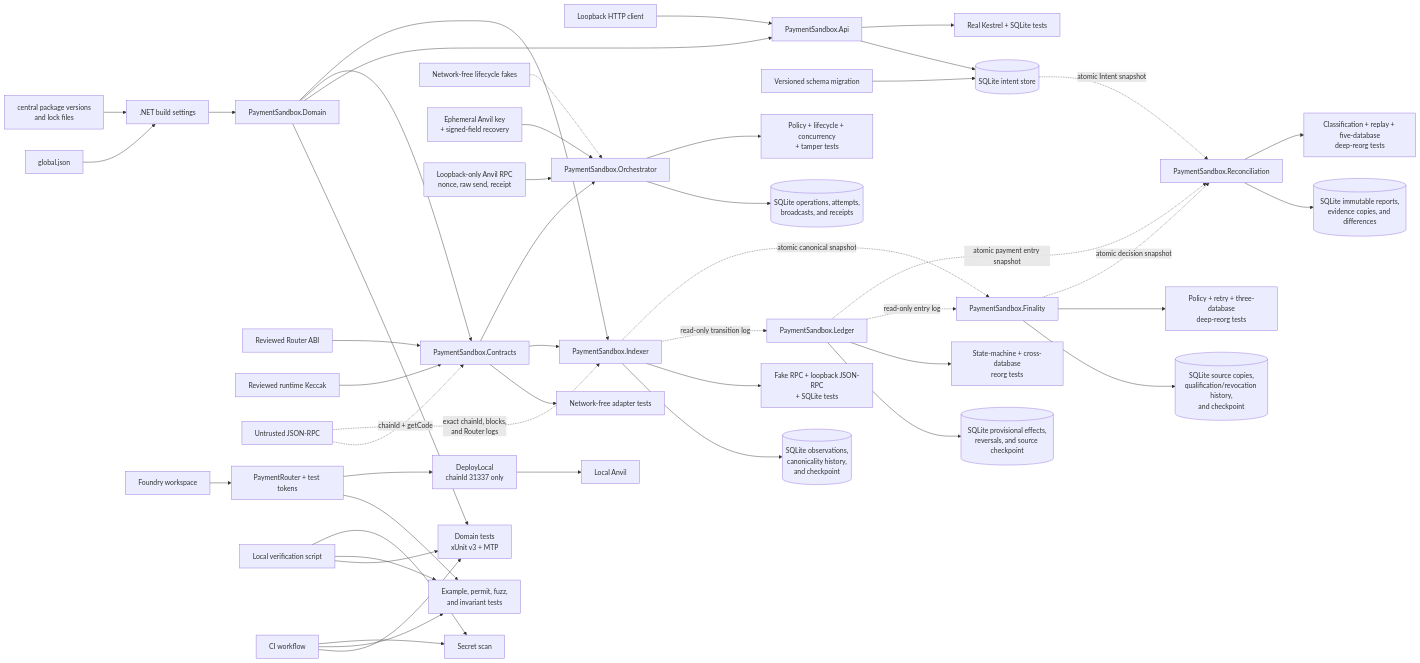
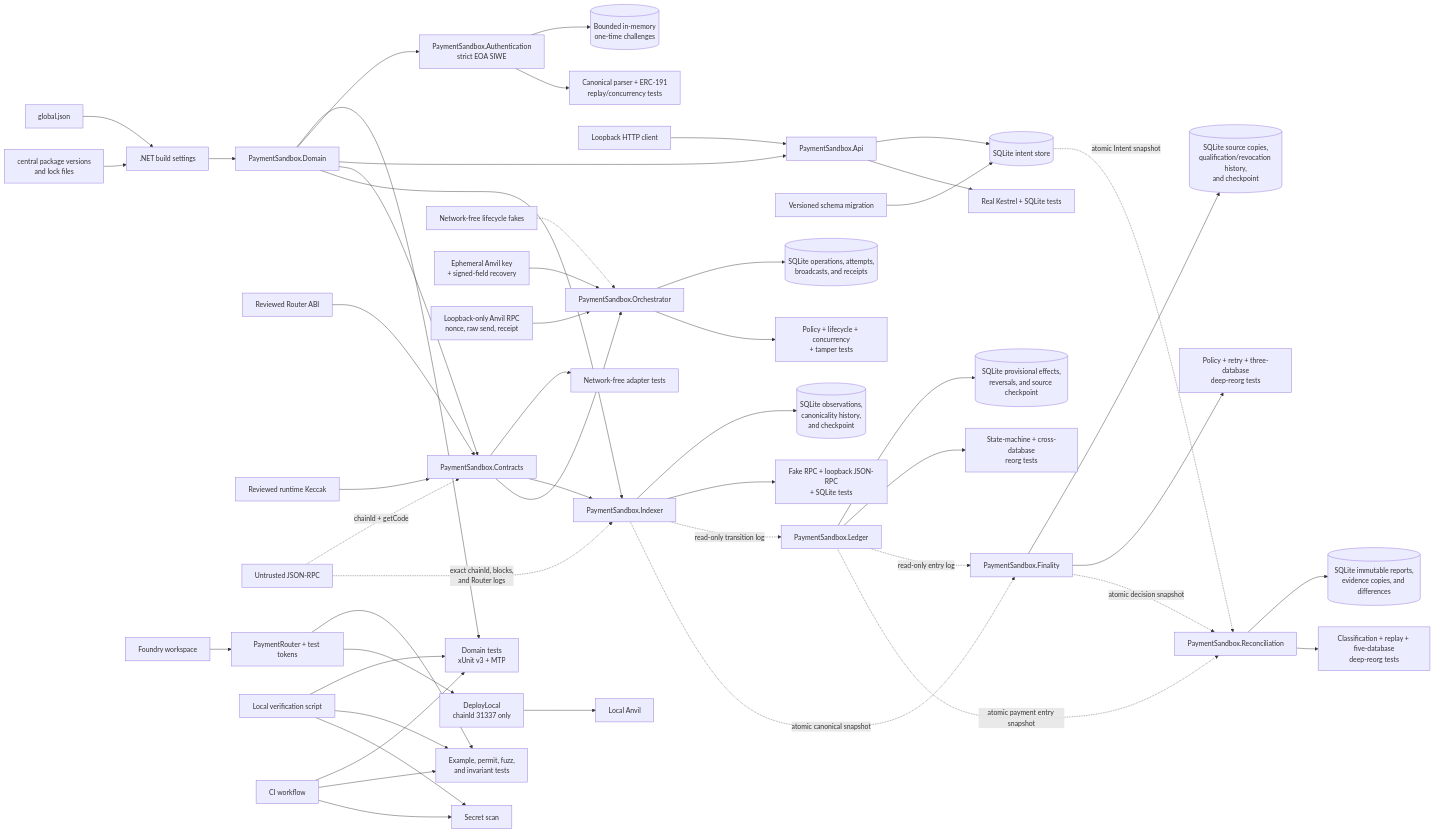
One commit to xiaocaiisxiaocai/dotnet-evm-payment-sandbox changed the first of 2 diagrams in docs/architecture.md. Above: the diagram before and after it, drawn with Mermaid. The commit also changed other lines of this file and 25 other files, not shown here.

Commit message:
feat: add bounded SIWE challenge verification

````diff
--- a/docs/architecture.md
+++ b/docs/architecture.md
@@ -14,52 +14,55 @@
 ```mermaid
 flowchart LR
     SDK[global.json] --> Build[.NET build settings]
     Packages[central package versions<br/>and lock files] --> Build
     Build --> Domain[PaymentSandbox.Domain]
     Domain --> DomainTests[Domain tests<br/>xUnit v3 + MTP]
+    Domain --> Authentication[PaymentSandbox.Authentication<br/>strict EOA SIWE]
+    Authentication --> ChallengeMemory[(Bounded in-memory<br/>one-time challenges)]
+    Authentication --> AuthenticationTests[Canonical parser + ERC-191<br/>replay/concurrency tests]
     Domain --> API[PaymentSandbox.Api]
     Client[Loopback HTTP client] --> API
     API --> SQLite[(SQLite intent store)]
     Migration[Versioned schema migration] --> SQLite
     API --> APITests[Real Kestrel + SQLite tests]
     Domain --> Contracts[PaymentSandbox.Contracts]
     ABI[Reviewed Router ABI] --> Contracts
     Baseline[Reviewed runtime Keccak] --> Contracts
     RPC[Untrusted JSON-RPC] -. chainId + getCode .-> Contracts
     Contracts --> ContractAdapterTests[Network-free adapter tests]
     Domain --> Indexer[PaymentSandbox.Indexer]
     Contracts --> Indexer
     RPC -. exact chainId, blocks,<br/>and Router logs .-> Indexer
     Indexer --> ObservationDb[(SQLite observations,<br/>canonicality history,<br/>and checkpoint)]
     Indexer --> IndexerTests[Fake RPC + loopback JSON-RPC<br/>+ SQLite tests]
     Indexer -. read-only transition log .-> Ledger[PaymentSandbox.Ledger]
     Ledger --> LedgerDb[(SQLite provisional effects,<br/>reversals, and source checkpoint)]
     Ledger --> LedgerTests[State-machine + cross-database<br/>reorg tests]
     Indexer -. atomic canonical snapshot .-> Finality[PaymentSandbox.Finality]
     Ledger -. read-only entry log .-> Finality
     Finality --> FinalityDb[(SQLite source copies,<br/>qualification/revocation history,<br/>and checkpoint)]
     Finality --> FinalityTests[Policy + retry + three-database<br/>deep-reorg tests]
     SQLite -. atomic Intent snapshot .-> Reconcile[PaymentSandbox.Reconciliation]
     Ledger -. atomic payment entry snapshot .-> Reconcile
     Finality -. atomic decision snapshot .-> Reconcile
     Reconcile --> ReconcileDb[(SQLite immutable reports,<br/>evidence copies, and differences)]
     Reconcile --> ReconcileTests[Classification + replay + five-database<br/>deep-reorg tests]
     Contracts --> Orchestrator[PaymentSandbox.Orchestrator]
     Orchestrator --> LifecycleDb[(SQLite operations, attempts,<br/>broadcasts, and receipts)]
     TestAdapters[Network-free lifecycle fakes] -.-> Orchestrator
     Ephemeral[Ephemeral Anvil key<br/>+ signed-field recovery] --> Orchestrator
     AnvilRpc[Loopback-only Anvil RPC<br/>nonce, raw send, receipt] --> Orchestrator
     Orchestrator --> OrchestratorTests[Policy + lifecycle + concurrency<br/>+ tamper tests]
 
     Foundry[Foundry workspace] --> Router[PaymentRouter + test tokens]
     Router --> ContractChecks[Example, permit, fuzz,<br/>and invariant tests]
     Router --> Deploy[DeployLocal<br/>chainId 31337 only]
     Deploy --> Anvil[Local Anvil]
 
     Verify[Local verification script] --> DomainTests
     Verify --> ContractChecks
     Verify --> SecretScan[Secret scan]
     CI[CI workflow] --> DomainTests
     CI --> ContractChecks
     CI --> SecretScan
 ```
````
